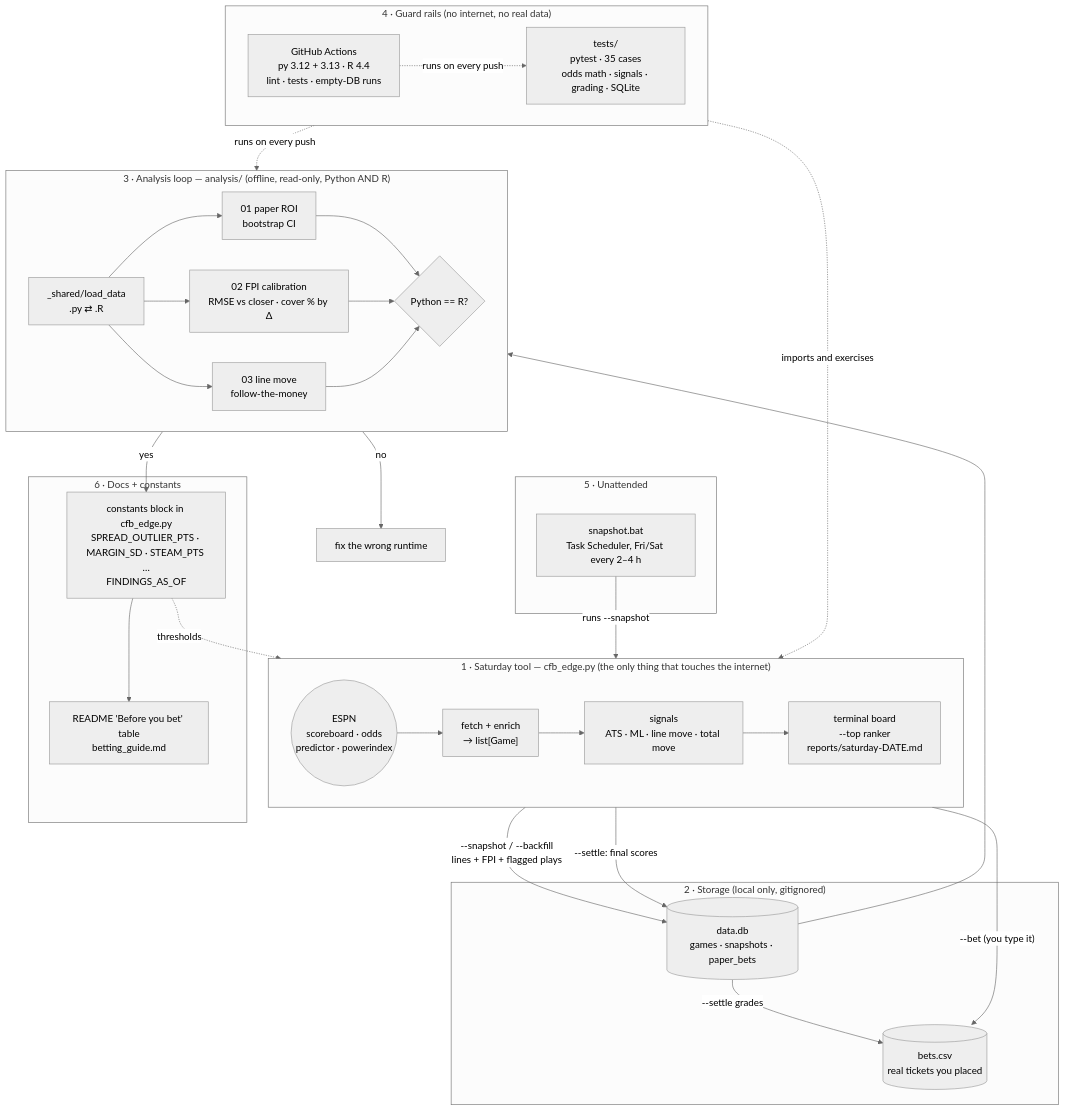
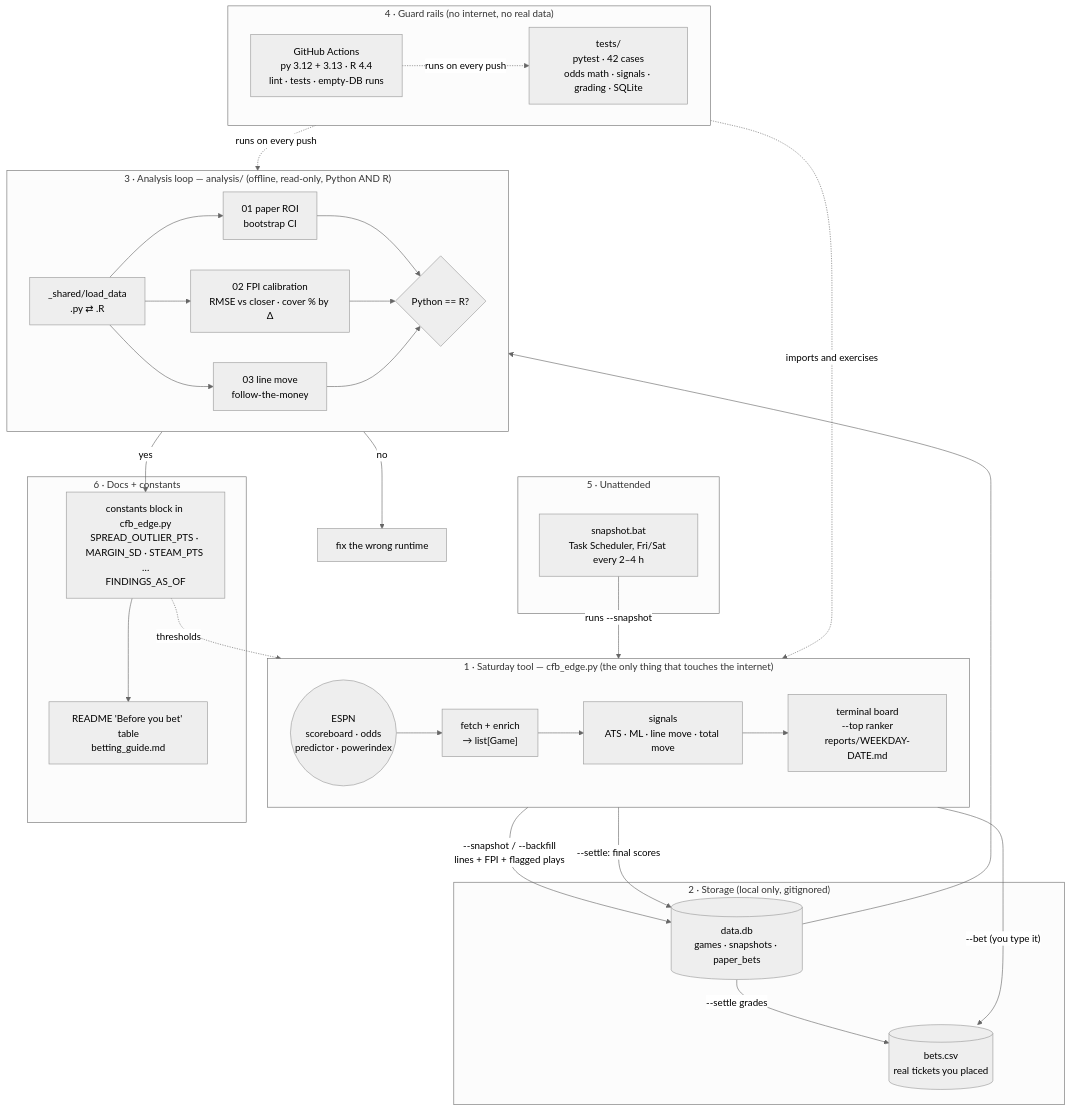
One commit to wbp318/cfb_2026 changed the first of 12 diagrams in README.md. Above: the diagram before and after it, drawn with Mermaid (neutral theme). The commit also changed other lines of this file and 7 other files, not shown here.

````diff
--- a/README.md
+++ b/README.md
@@ -141,51 +142,51 @@
 ```mermaid
 flowchart TB
     subgraph LIVE["1 · Saturday tool — cfb_edge.py (the only thing that touches the internet)"]
         direction LR
         ESPN(("ESPN\nscoreboard · odds\npredictor · powerindex")) --> FETCH["fetch + enrich\n→ list[Game]"]
         FETCH --> SIG["signals\nATS · ML · line move · total move"]
-        SIG --> OUT["terminal board\n--top ranker\nreports/saturday-DATE.md"]
+        SIG --> OUT["terminal board\n--top ranker\nreports/WEEKDAY-DATE.md"]
     end
 
     subgraph STORE["2 · Storage (local only, gitignored)"]
         DB[("data.db\ngames · snapshots · paper_bets")]
         CSV[("bets.csv\nreal tickets you placed")]
     end
 
     subgraph CHECK["3 · Analysis loop — analysis/ (offline, read-only, Python AND R)"]
         direction LR
         L["_shared/load_data\n.py ⇄ .R"] --> A1["01 paper ROI\nbootstrap CI"]
         L --> A2["02 FPI calibration\nRMSE vs closer · cover % by Δ"]
         L --> A3["03 line move\nfollow-the-money"]
         A1 & A2 & A3 --> AGREE{"Python == R?"}
     end
 
     subgraph GUARD["4 · Guard rails (no internet, no real data)"]
         direction LR
-        T["tests/\npytest · 35 cases\nodds math · signals · grading · SQLite"]
+        T["tests/\npytest · 42 cases\nodds math · signals · grading · SQLite"]
         CI["GitHub Actions\npy 3.12 + 3.13 · R 4.4\nlint · tests · empty-DB runs"]
     end
 
     subgraph SCHED["5 · Unattended"]
         BAT["snapshot.bat\nTask Scheduler, Fri/Sat every 2–4 h"]
     end
 
     subgraph DOCS["6 · Docs + constants"]
         K["constants block in cfb_edge.py\nSPREAD_OUTLIER_PTS · MARGIN_SD · STEAM_PTS …\nFINDINGS_AS_OF"]
         R["README 'Before you bet' table\nbetting_guide.md"]
     end
 
     SIG -->|"--snapshot / --backfill\nlines + FPI + flagged plays"| DB
     OUT -->|"--bet (you type it)"| CSV
     ESPN -->|"--settle: final scores"| DB
     DB -->|"--settle grades"| CSV
     BAT -->|runs --snapshot| LIVE
     DB --> L
     AGREE -- yes --> K
     AGREE -- no --> BUG["fix the wrong runtime"]
     K -.->|thresholds| SIG
     K --> R
     T -.->|"imports and exercises"| LIVE
     CI -.->|"runs on every push"| T
     CI -.->|"runs on every push"| CHECK
 ```
````
